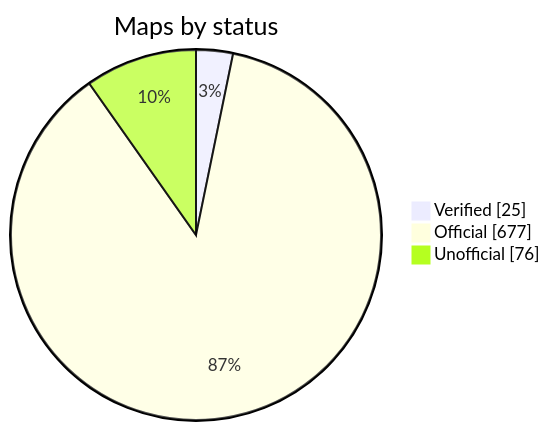
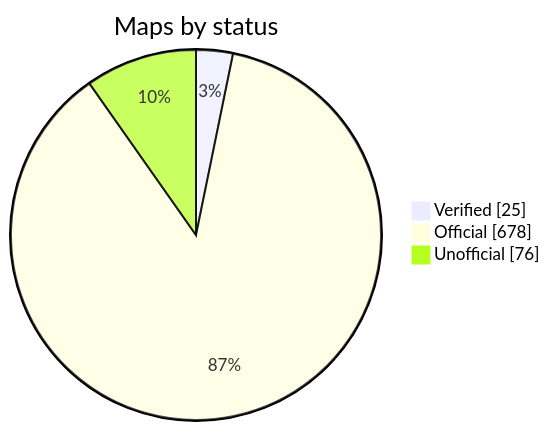
The diagram in README.md (nobrega8/mbmap-library), drawn with Mermaid before and after one commit. The commit also changed 6 other files, not shown here.

````diff
--- a/README.md
+++ b/README.md
@@ -52,7 +52,7 @@
 ```mermaid
 pie showData
     title Maps by status
     "Verified" : 25
-    "Official" : 677
+    "Official" : 678
     "Unofficial" : 76
 ```
````
